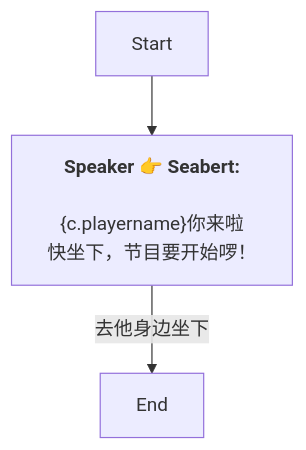
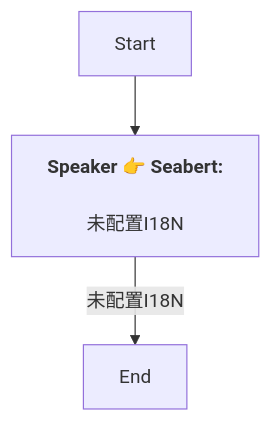
Before and after one commit to SoftHu/tos_avg: the diagram in Zh/QuestStartTalkENode_1753932806842204.md, drawn with Mermaid. The commit also changed 730 other files, not shown here.

````diff
--- a/Zh/QuestStartTalkENode_1753932806842204.md
+++ b/Zh/QuestStartTalkENode_1753932806842204.md
@@ -1,8 +1,7 @@
 ```mermaid
 graph
 Start -->1753932836608863[<b>Speaker 👉 Seabert:</b>
-\n&lbrace;c.playername&rbrace;你来啦
-快坐下，节目要开始啰！]
-1753932836608863 -->|去他身边坐下|1753933123549030[End]
+\n未配置I18N]
+1753932836608863 -->|未配置I18N|1753933123549030[End]
 
 ```
````
